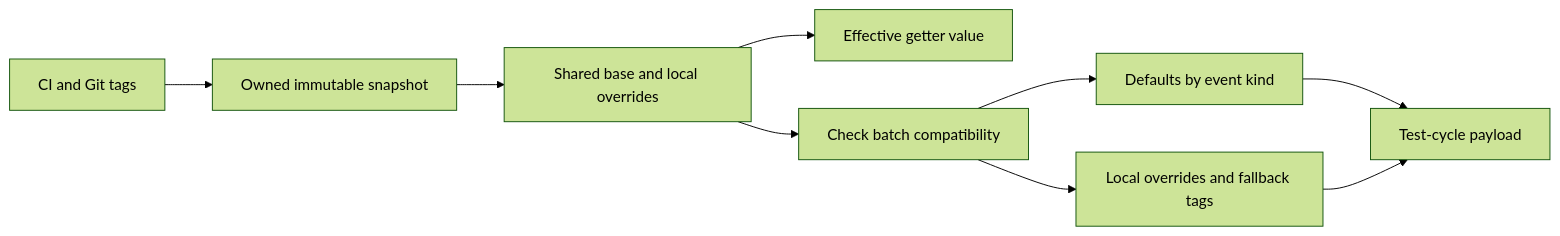
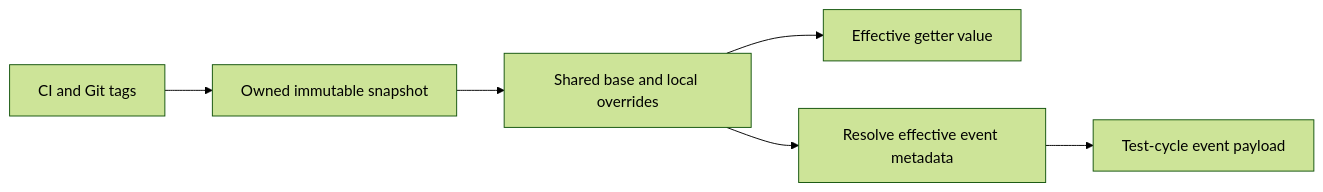
The third of 3 diagrams in docs/delivery.md (tonyredondo/dd-ci-testing-poc), drawn with Mermaid (forest theme) before and after one commit. The commit also changed other lines of this file and 531 other files, not shown here.

````diff
--- a/docs/delivery.md
+++ b/docs/delivery.md
@@ -204,11 +204,8 @@
 ```mermaid
 flowchart LR
     CI["CI and Git tags"] --> Snapshot["Owned immutable snapshot"]
     Snapshot --> Span["Shared base and local overrides"]
     Span --> Getter["Effective getter value"]
-    Span --> Batch["Check batch compatibility"]
-    Batch --> Common["Defaults by event kind"]
-    Batch --> Local["Local overrides and fallback tags"]
-    Common --> Payload["Test-cycle payload"]
-    Local --> Payload
+    Span --> Projection["Resolve effective event metadata"]
+    Projection --> Payload["Test-cycle event payload"]
 ```
````
